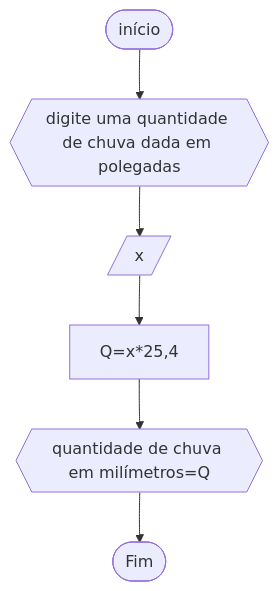
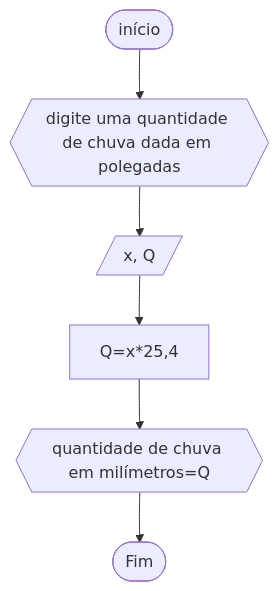
The third of 15 diagrams in RLA/RLA2/20exercícios_RLA.md (yeesusu/UNIFOR), drawn with Mermaid before and after one commit. The commit also changed other lines of this file, not shown here.

````diff
--- a/RLA/RLA2/20exercícios_RLA.md
+++ b/RLA/RLA2/20exercícios_RLA.md
@@ -53,8 +53,8 @@
 ```mermaid
 flowchart TD
 A([início])-->B{{"digite uma quantidade de chuva dada em polegadas"}}
-B-->C[/x/]
+B-->C[/x, Q/]
 C-->D[Q=x*25,4 ]
 D-->E{{"quantidade de chuva em milímetros=Q"}}
 E-->Z([Fim])
 ```
````
